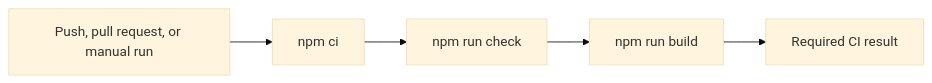
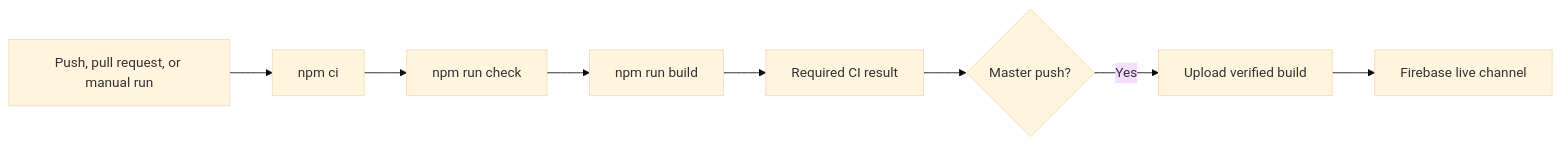
One commit to Zwezh/media-shelf changed the diagram in lode/ci/summary.md. Above: the diagram before and after it, drawn with Mermaid (base theme). The commit also changed other lines of this file and 5 other files, not shown here.

Commit message:
ci: deploy verified master builds to Firebase Hosting

````diff
--- a/lode/ci/summary.md
+++ b/lode/ci/summary.md
@@ -14,7 +18,10 @@
 ```mermaid
 flowchart LR
   Change[Push, pull request, or manual run] --> Install[npm ci]
   Install --> Check[npm run check]
   Check --> Build[npm run build]
   Build --> Result[Required CI result]
+  Result --> Push{Master push?}
+  Push -->|Yes| Artifact[Upload verified build]
+  Artifact --> Deploy[Firebase live channel]
 ```
````
